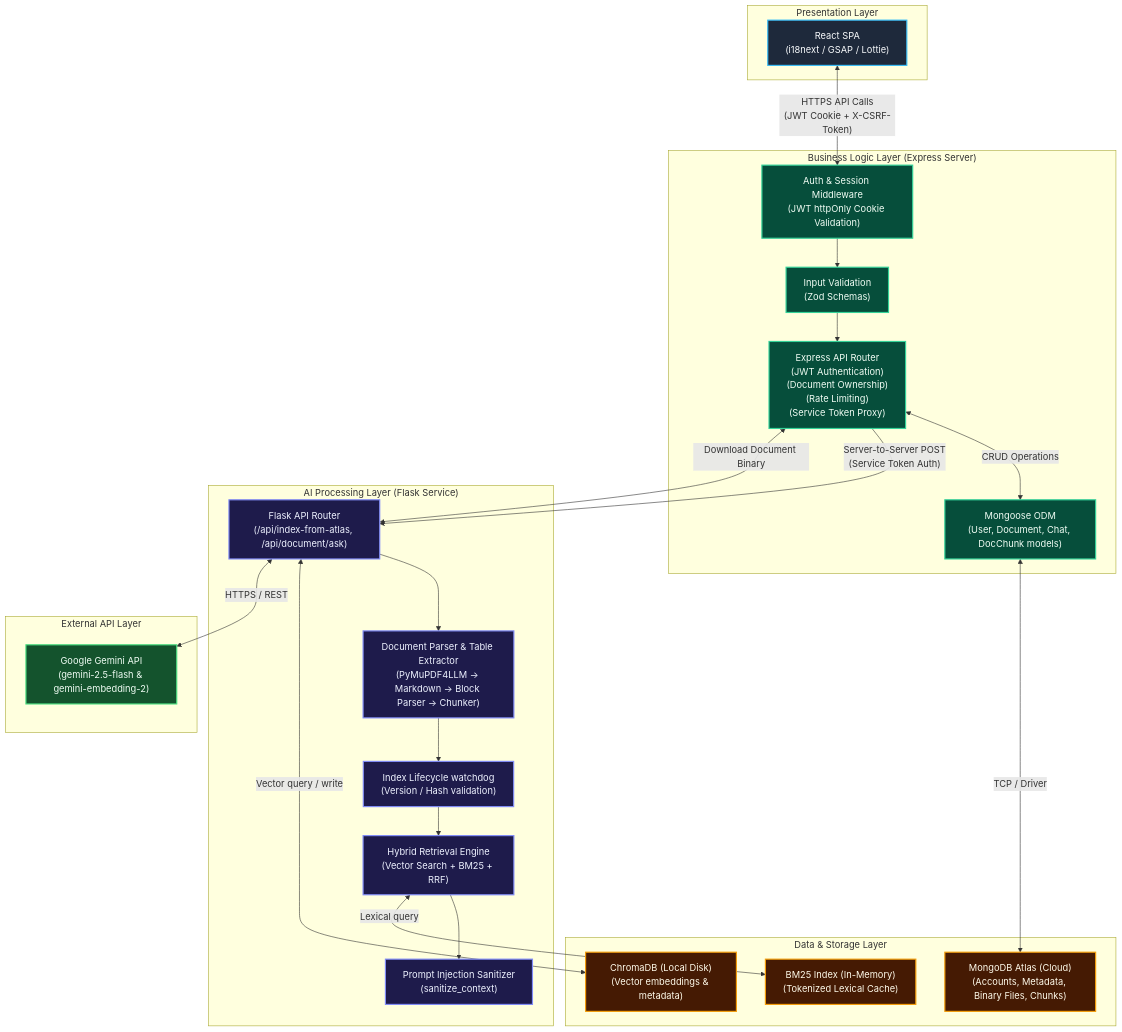
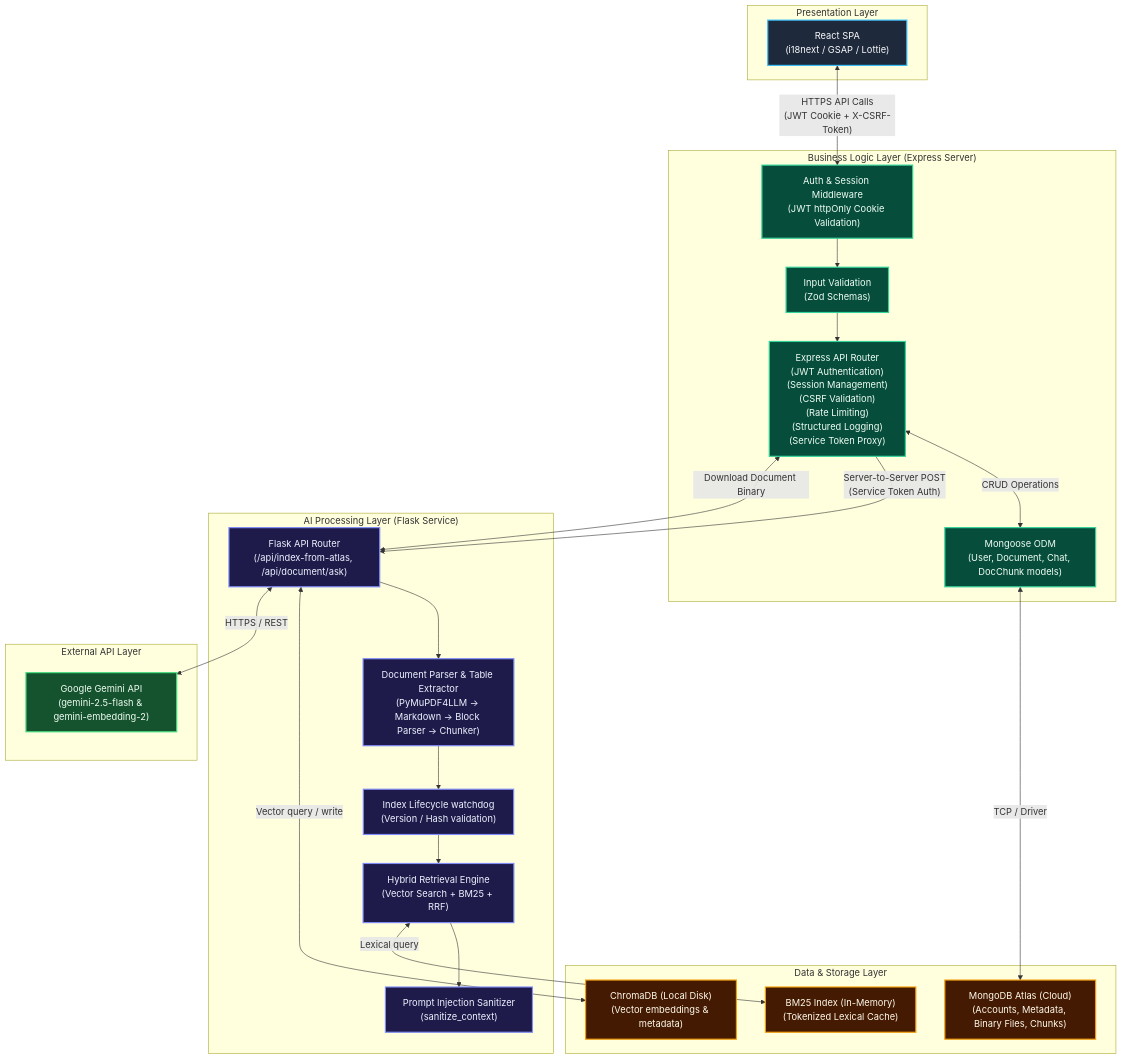
The second of 2 diagrams in README.md (Dr-Venom29/SmartDocQ), drawn with Mermaid before and after one commit. The commit also changed other lines of this file and 53 other files, not shown here.

````diff
--- a/README.md
+++ b/README.md
@@ -120,65 +123,65 @@
 ```mermaid
 graph TD
     %% Styles
     classDef client fill:#1E293B,stroke:#38BDF8,stroke-width:2px,color:#F8FAFC;
     classDef business fill:#064E3B,stroke:#34D399,stroke-width:2px,color:#F0FDF4;
     classDef aiservice fill:#1E1B4B,stroke:#818CF8,stroke-width:2px,color:#EEF2FF;
     classDef storage fill:#451A03,stroke:#F59E0B,stroke-width:2px,color:#FFFBEB;
     classDef external fill:#14532D,stroke:#4ADE80,stroke-width:2px,color:#F0FDF4;
 
     %% Client Layer
     subgraph Client_Layer ["Presentation Layer"]
         ReactSPA["React SPA<br/>(i18next / GSAP / Lottie)"]:::client
     end
 
     %% Business Logic Layer
     subgraph Middleware_Layer ["Business Logic Layer (Express Server)"]
-        ExpressRouter["Express API Router<br/>(JWT Authentication)<br/>(Document Ownership)<br/>(Rate Limiting)<br/>(Service Token Proxy)"]:::business
+        ExpressRouter["Express API Router<br/>(JWT Authentication)<br/>(Session Management)<br/>(CSRF Validation)<br/>(Rate Limiting)<br/>(Structured Logging)<br/>(Service Token Proxy)"]:::business
         AuthGuard["Auth & Session Middleware<br/>(JWT httpOnly Cookie Validation)"]:::business
         ZodValidator["Input Validation<br/>(Zod Schemas)"]:::business
         MongooseDB["Mongoose ODM<br/>(User, Document, Chat, DocChunk models)"]:::business
     end
 
     %% AI Processing Layer
     subgraph AI_Layer ["AI Processing Layer (Flask Service)"]
         FlaskApp["Flask API Router<br/>(/api/index-from-atlas, /api/document/ask)"]:::aiservice
         Parser["Document Parser & Table Extractor<br/>(PyMuPDF4LLM → Markdown → Block Parser → Chunker)"]:::aiservice
         VersionManager["Index Lifecycle watchdog<br/>(Version / Hash validation)"]:::aiservice
         RetrievalPipeline["Hybrid Retrieval Engine<br/>(Vector Search + BM25 + RRF)"]:::aiservice
         Sanitizer["Prompt Injection Sanitizer<br/>(sanitize_context)"]:::aiservice
     end
 
     %% Storage Layer
     subgraph Storage_Layer ["Data & Storage Layer"]
         MongoDB["MongoDB Atlas (Cloud)<br/>(Accounts, Metadata, Binary Files, Chunks)"]:::storage
         ChromaDB["ChromaDB (Local Disk)<br/>(Vector embeddings & metadata)"]:::storage
         BM25Cache["BM25 Index (In-Memory)<br/>(Tokenized Lexical Cache)"]:::storage
     end
 
     %% External
     subgraph External_APIs ["External API Layer"]
         GeminiAPI["Google Gemini API<br/>(gemini-2.5-flash & gemini-embedding-2)"]:::external
     end
 
     %% Flow/Connections
     ReactSPA <-->|"HTTPS API Calls<br/>(JWT Cookie + X-CSRF-Token)"| AuthGuard
     AuthGuard --> ZodValidator
     ZodValidator --> ExpressRouter
     
     ExpressRouter <-->|"CRUD Operations"| MongooseDB
     MongooseDB <-->|"TCP / Driver"| MongoDB
     
     ExpressRouter -->|"Server-to-Server POST<br/>(Service Token Auth)"| FlaskApp
     
     FlaskApp --> Parser
     Parser --> VersionManager
     VersionManager --> RetrievalPipeline
     RetrievalPipeline --> Sanitizer
     
     FlaskApp <-->|"Download Document Binary"| ExpressRouter
     
     FlaskApp <-->|"Vector query / write"| ChromaDB
     RetrievalPipeline <-->|"Lexical query"| BM25Cache
     
     FlaskApp <-->|"HTTPS / REST"| GeminiAPI
 ```
````
